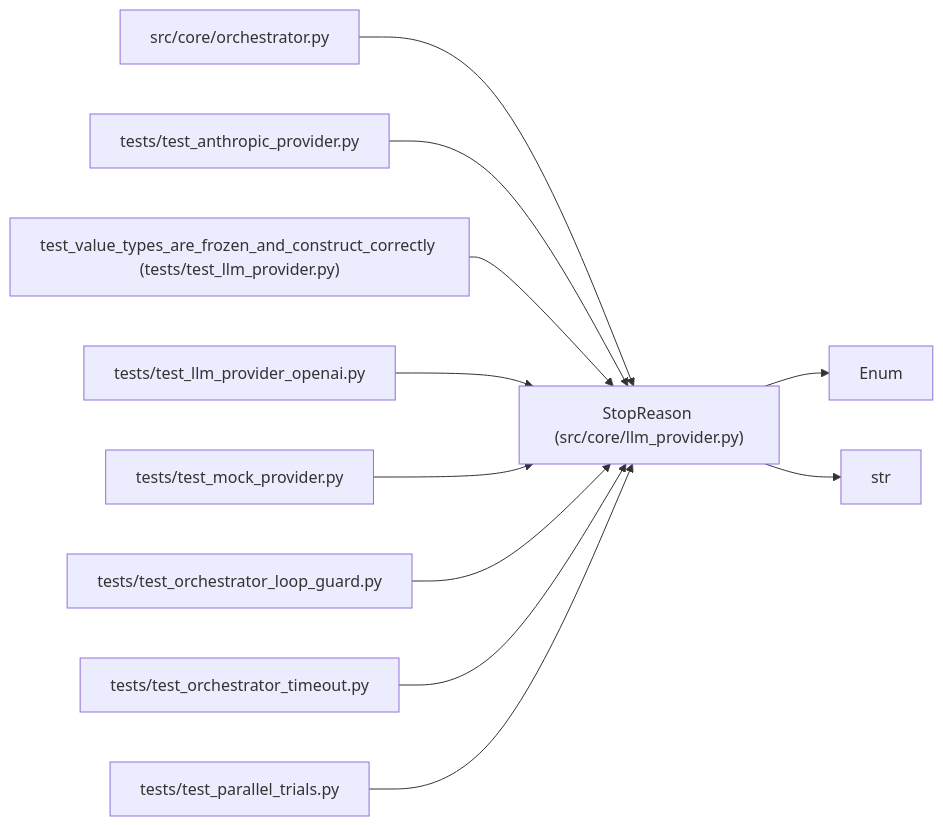
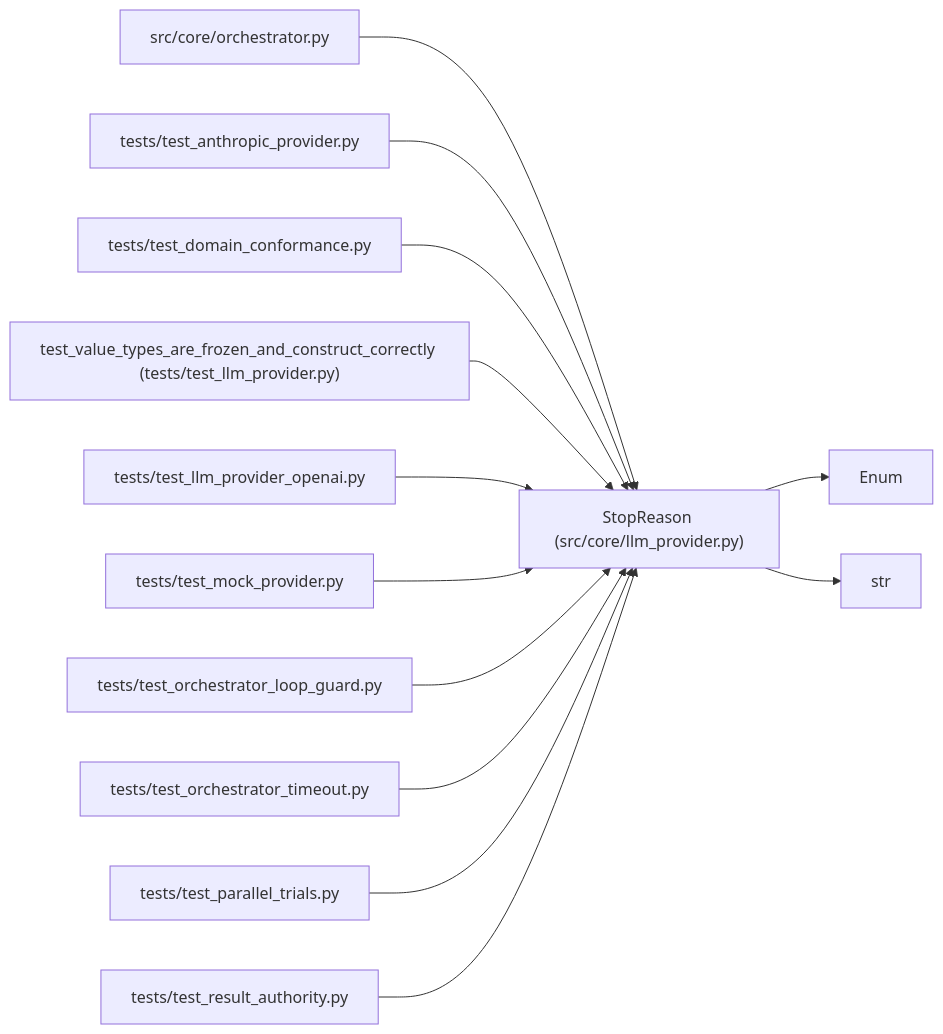
One commit to Denissvgn/autoresearch-agent changed the diagram in docs/llm_wiki/entities/StopReason.md. Above: the diagram before and after it, drawn with Mermaid. The commit also changed other lines of this file and 1033 other files, not shown here.

````diff
--- a/docs/llm_wiki/entities/StopReason.md
+++ b/docs/llm_wiki/entities/StopReason.md
@@ -42,33 +42,39 @@
 ```mermaid
 flowchart LR
     n0["StopReason (src/core/llm_provider.py)"]
     n1["Enum"]
     n2["str"]
     n3["src/core/orchestrator.py"]
     n4["tests/test_anthropic_provider.py"]
-    n5["test_value_types_are_frozen_and_construct_correctly (tests/test_llm_provider.py)"]
-    n6["tests/test_llm_provider_openai.py"]
-    n7["tests/test_mock_provider.py"]
-    n8["tests/test_orchestrator_loop_guard.py"]
-    n9["tests/test_orchestrator_timeout.py"]
-    n10["tests/test_parallel_trials.py"]
+    n5["tests/test_domain_conformance.py"]
+    n6["test_value_types_are_frozen_and_construct_correctly (tests/test_llm_provider.py)"]
+    n7["tests/test_llm_provider_openai.py"]
+    n8["tests/test_mock_provider.py"]
+    n9["tests/test_orchestrator_loop_guard.py"]
+    n10["tests/test_orchestrator_timeout.py"]
+    n11["tests/test_parallel_trials.py"]
+    n12["tests/test_result_authority.py"]
     n0 --> n1
     n0 --> n2
     n3 --> n0
     n4 --> n0
     n5 --> n0
     n6 --> n0
     n7 --> n0
     n8 --> n0
     n9 --> n0
     n10 --> n0
+    n11 --> n0
+    n12 --> n0
     click n0 "../modules/llm_provider.md"
     click n3 "../modules/orchestrator.md"
     click n4 "../modules/test_anthropic_provider.md"
-    click n5 "../modules/test_llm_provider.md"
-    click n6 "../modules/test_llm_provider_openai.md"
-    click n7 "../modules/test_mock_provider.md"
-    click n8 "../modules/test_orchestrator_loop_guard.md"
-    click n9 "../modules/test_orchestrator_timeout.md"
-    click n10 "../modules/test_parallel_trials.md"
+    click n5 "../modules/test_domain_conformance.md"
+    click n6 "../modules/test_llm_provider.md"
+    click n7 "../modules/test_llm_provider_openai.md"
+    click n8 "../modules/test_mock_provider.md"
+    click n9 "../modules/test_orchestrator_loop_guard.md"
+    click n10 "../modules/test_orchestrator_timeout.md"
+    click n11 "../modules/test_parallel_trials.md"
+    click n12 "../modules/test_result_authority.md"
 ```
````
